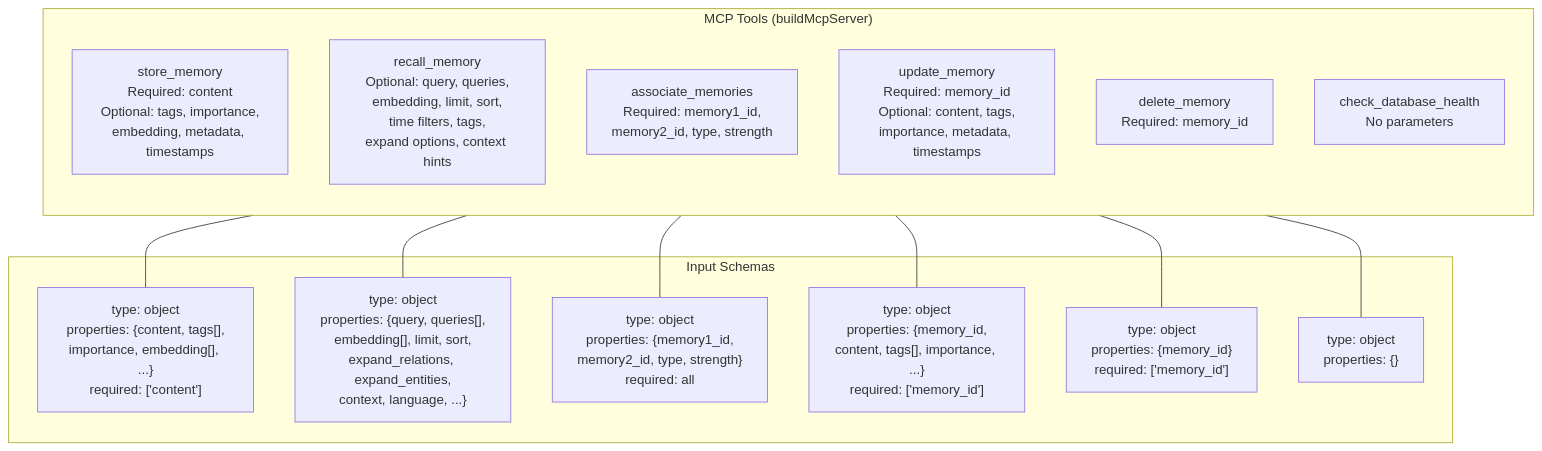
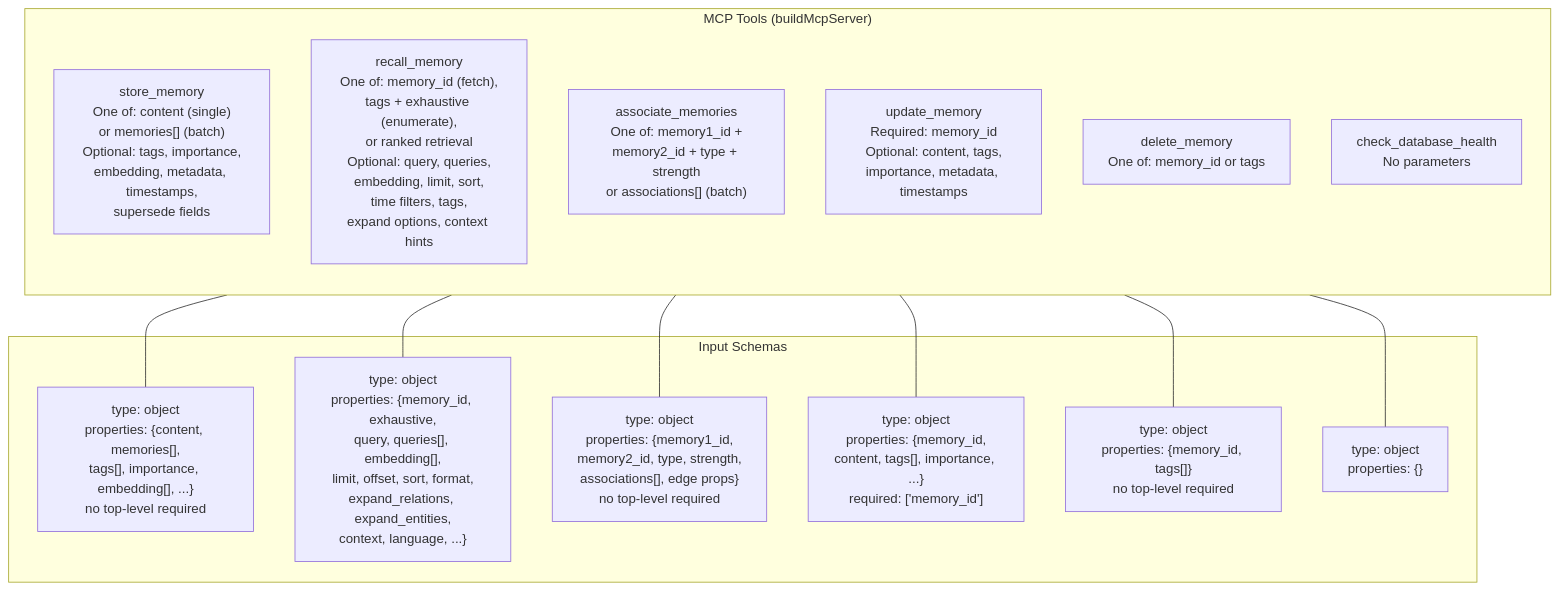
Before and after one commit to verygoodplugins/automem-website: the second of 2 diagrams in src/content/docs/docs/reference/api/direct-vs-mcp.md, drawn with Mermaid. The commit also changed other lines of this file, not shown here.

````diff
--- a/src/content/docs/docs/reference/api/direct-vs-mcp.md
+++ b/src/content/docs/docs/reference/api/direct-vs-mcp.md
@@ -140,29 +141,29 @@
 ```mermaid
 graph TB
     subgraph tools["MCP Tools (buildMcpServer)"]
         direction TB
 
-        T1["store_memory<br/>Required: content<br/>Optional: tags, importance,<br/>embedding, metadata, timestamps"]
-        T2["recall_memory<br/>Optional: query, queries,<br/>embedding, limit, sort,<br/>time filters, tags,<br/>expand options, context hints"]
-        T3["associate_memories<br/>Required: memory1_id,<br/>memory2_id, type, strength"]
+        T1["store_memory<br/>One of: content (single)<br/>or memories[] (batch)<br/>Optional: tags, importance,<br/>embedding, metadata, timestamps,<br/>supersede fields"]
+        T2["recall_memory<br/>One of: memory_id (fetch),<br/>tags + exhaustive (enumerate),<br/>or ranked retrieval<br/>Optional: query, queries,<br/>embedding, limit, sort,<br/>time filters, tags,<br/>expand options, context hints"]
+        T3["associate_memories<br/>One of: memory1_id +<br/>memory2_id + type + strength<br/>or associations[] (batch)"]
         T4["update_memory<br/>Required: memory_id<br/>Optional: content, tags,<br/>importance, metadata, timestamps"]
-        T5["delete_memory<br/>Required: memory_id"]
+        T5["delete_memory<br/>One of: memory_id or tags"]
         T6["check_database_health<br/>No parameters"]
     end
 
     subgraph schemas["Input Schemas"]
-        S1["type: object<br/>properties: {content, tags[],<br/>importance, embedding[], ...}<br/>required: ['content']"]
-        S2["type: object<br/>properties: {query, queries[],<br/>embedding[], limit, sort,<br/>expand_relations, expand_entities,<br/>context, language, ...}"]
-        S3["type: object<br/>properties: {memory1_id,<br/>memory2_id, type, strength}<br/>required: all"]
+        S1["type: object<br/>properties: {content, memories[],<br/>tags[], importance, embedding[], ...}<br/>no top-level required"]
+        S2["type: object<br/>properties: {memory_id, exhaustive,<br/>query, queries[], embedding[],<br/>limit, offset, sort, format,<br/>expand_relations, expand_entities,<br/>context, language, ...}"]
+        S3["type: object<br/>properties: {memory1_id,<br/>memory2_id, type, strength,<br/>associations[], edge props}<br/>no top-level required"]
         S4["type: object<br/>properties: {memory_id,<br/>content, tags[], importance, ...}<br/>required: ['memory_id']"]
-        S5["type: object<br/>properties: {memory_id}<br/>required: ['memory_id']"]
+        S5["type: object<br/>properties: {memory_id, tags[]}<br/>no top-level required"]
         S6["type: object<br/>properties: {}"]
     end
 
     T1 --- S1
     T2 --- S2
     T3 --- S3
     T4 --- S4
     T5 --- S5
     T6 --- S6
 ```
````
